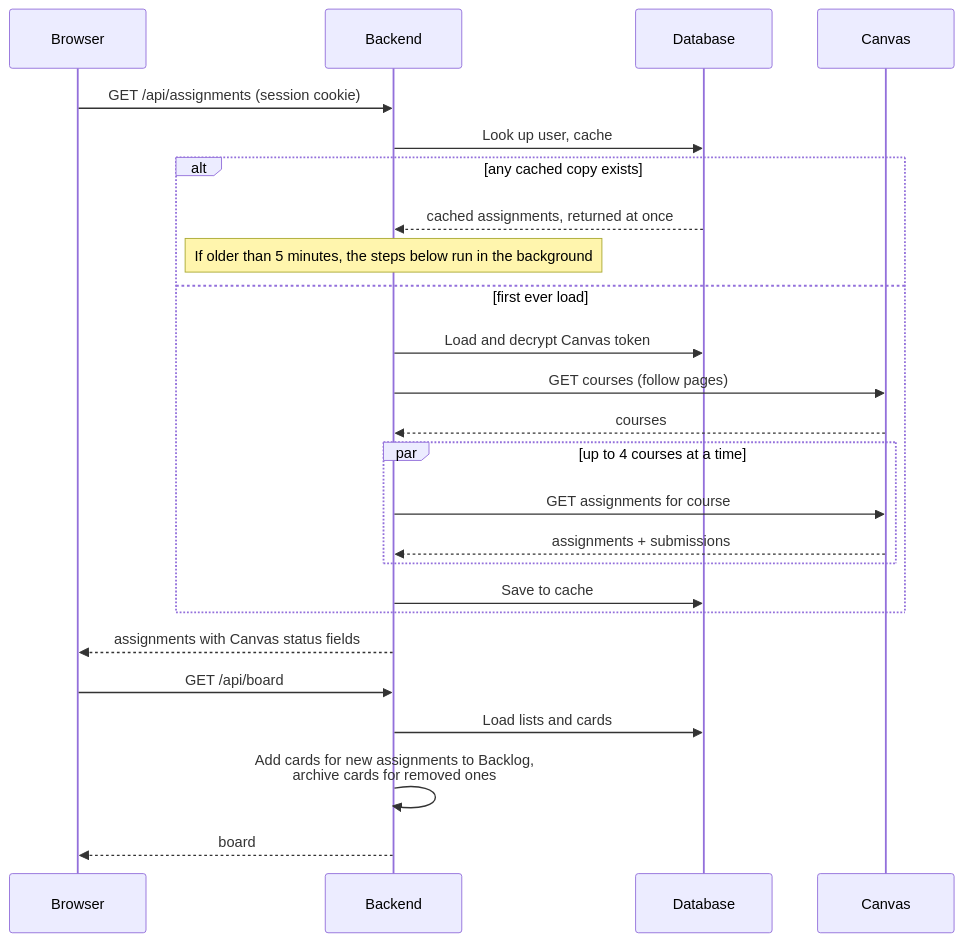
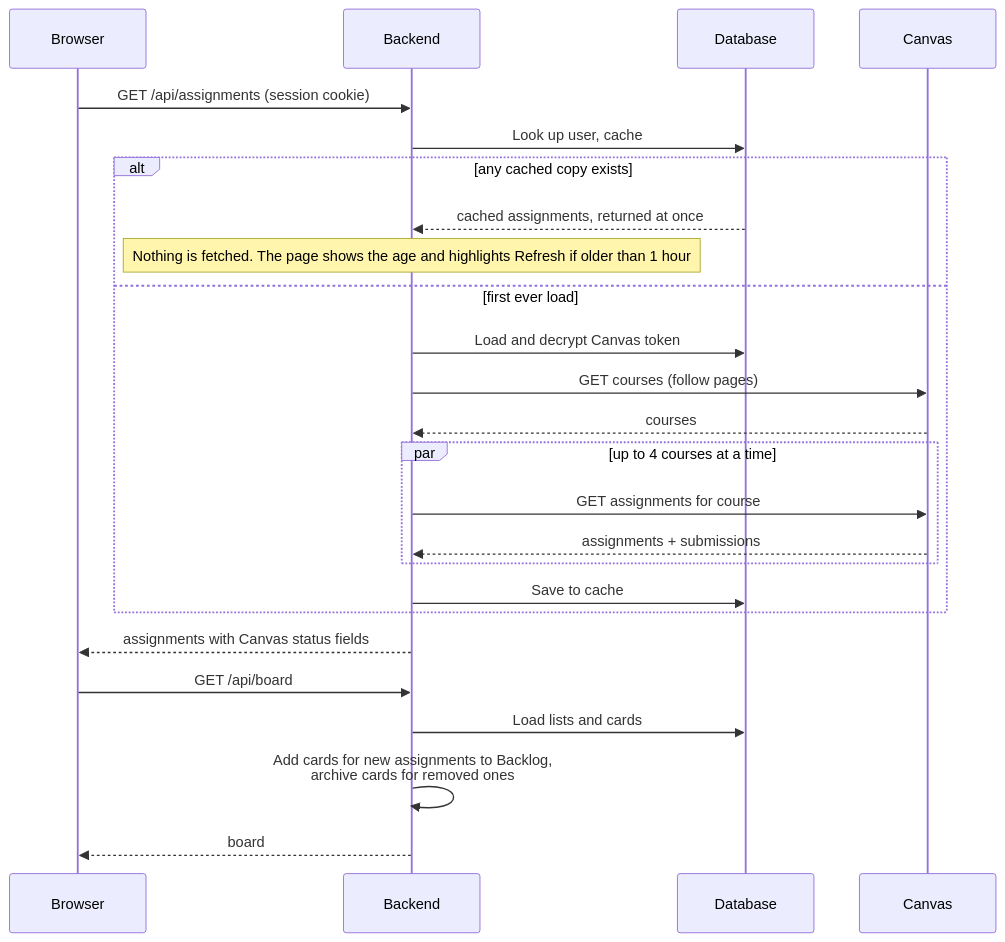
Before and after one commit to bbranton/TestProj: the fifth of 6 diagrams in docs/canvas-portal/03-design.md, drawn with Mermaid. The commit also changed other lines of this file and 4 other files, not shown here.

First line of the commit message:
Make Canvas refresh manual; background sync becomes a future feature

````diff
--- a/docs/canvas-portal/03-design.md
+++ b/docs/canvas-portal/03-design.md
@@ -492,28 +495,28 @@
 ```mermaid
 sequenceDiagram
     participant B as Browser
     participant A as Backend
     participant D as Database
     participant C as Canvas
 
     B->>A: GET /api/assignments (session cookie)
     A->>D: Look up user, cache
     alt any cached copy exists
         D-->>A: cached assignments, returned at once
-        Note over A: If older than 5 minutes, the steps below run in the background
+        Note over A: Nothing is fetched. The page shows the age and highlights Refresh if older than 1 hour
     else first ever load
         A->>D: Load and decrypt Canvas token
         A->>C: GET courses (follow pages)
         C-->>A: courses
         par up to 4 courses at a time
             A->>C: GET assignments for course
             C-->>A: assignments + submissions
         end
         A->>D: Save to cache
     end
     A-->>B: assignments with Canvas status fields
     B->>A: GET /api/board
     A->>D: Load lists and cards
     A->>A: Add cards for new assignments to Backlog,<br/>archive cards for removed ones
     A-->>B: board
 ```
````
